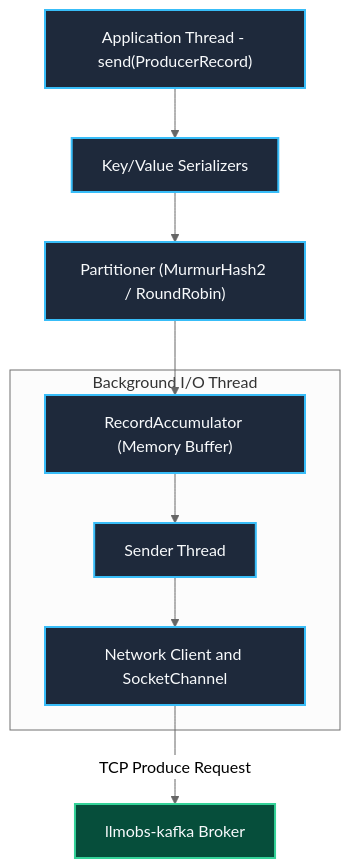
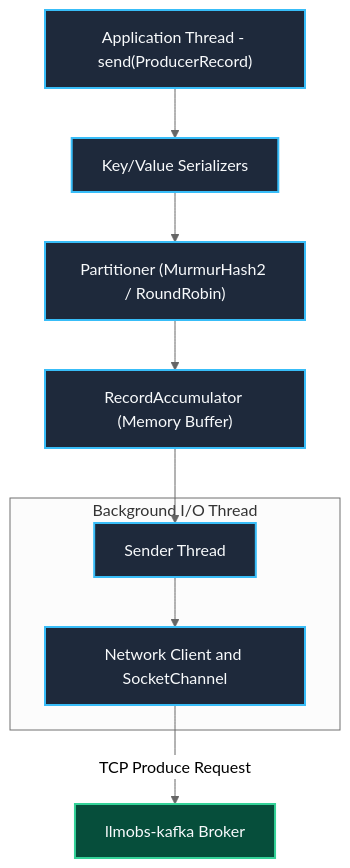
Before and after one commit to Chief-Strategist-J/llm-obs-infra: the fifth of 48 diagrams in docs/configDoc/kafka-configuration-guide.md, drawn with Mermaid (neutral theme). The commit also changed other lines of this file, not shown here.

Commit message:
fix(docs): resolve all Mermaid diagram syntax and layout rendering issues in kafka configuration guide

````diff
--- a/docs/configDoc/kafka-configuration-guide.md
+++ b/docs/configDoc/kafka-configuration-guide.md
@@ -684,21 +690,22 @@
 ```mermaid
 graph TD
     AppThread["Application Thread - send(ProducerRecord)"] --> Serializer["Key/Value Serializers"]
     Serializer --> Partitioner["Partitioner (MurmurHash2 / RoundRobin)"]
     Partitioner --> RecordAccumulator["RecordAccumulator (Memory Buffer)"]
 
     subgraph BackgroundProcessing ["Background I/O Thread"]
-        RecordAccumulator --> SenderThread["Sender Thread"]
+        SenderThread["Sender Thread"]
         SenderThread --> SocketChannel["Network Client and SocketChannel"]
     end
 
+    RecordAccumulator --> SenderThread
     SocketChannel -->|TCP Produce Request| KafkaBroker["llmobs-kafka Broker"]
 
     style AppThread fill:#1e293b,stroke:#38bdf8,stroke-width:2px,color:#f8fafc
     style Serializer fill:#1e293b,stroke:#38bdf8,stroke-width:2px,color:#f8fafc
     style Partitioner fill:#1e293b,stroke:#38bdf8,stroke-width:2px,color:#f8fafc
     style RecordAccumulator fill:#1e293b,stroke:#38bdf8,stroke-width:2px,color:#f8fafc
     style SenderThread fill:#1e293b,stroke:#38bdf8,stroke-width:2px,color:#f8fafc
     style SocketChannel fill:#1e293b,stroke:#38bdf8,stroke-width:2px,color:#f8fafc
     style KafkaBroker fill:#064e3b,stroke:#34d399,stroke-width:2px,color:#f8fafc
 ```
````
